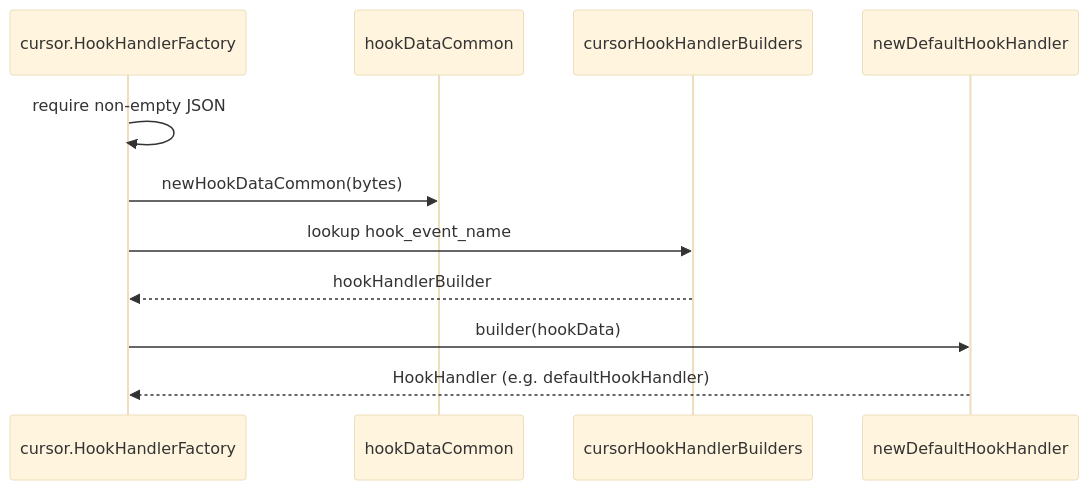
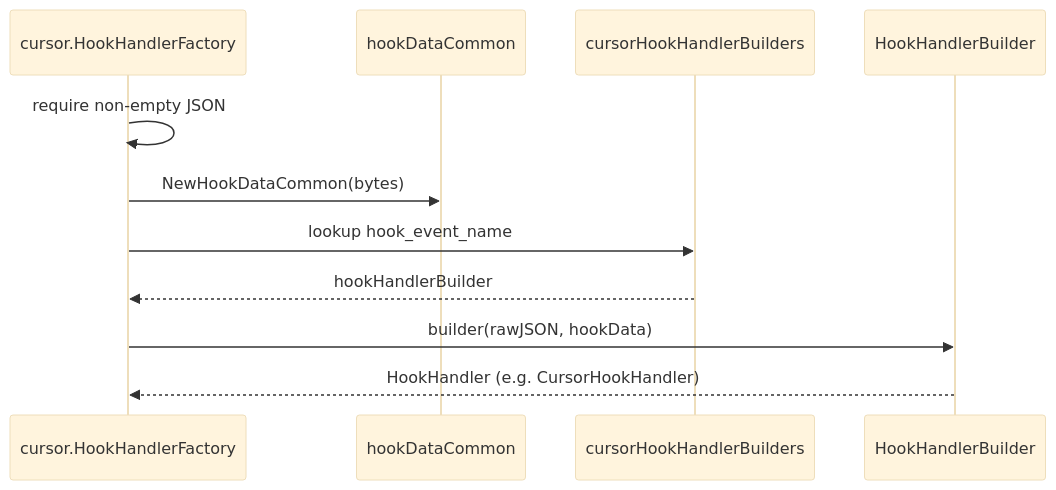
One commit to sviatsviatsviat/wat changed the second of 3 diagrams in README.md. Above: the diagram before and after it, drawn with Mermaid (base theme). The commit also changed other lines of this file and 34 other files, not shown here.

````diff
--- a/README.md
+++ b/README.md
@@ -239,14 +239,14 @@
 ```mermaid
 sequenceDiagram
   participant F as cursor.HookHandlerFactory
   participant Data as hookDataCommon
   participant Map as cursorHookHandlerBuilders
-  participant Build as newDefaultHookHandler
+  participant Build as HookHandlerBuilder
 
   F->>F: require non-empty JSON
-  F->>Data: newHookDataCommon(bytes)
+  F->>Data: NewHookDataCommon(bytes)
   F->>Map: lookup hook_event_name
   Map-->>F: hookHandlerBuilder
-  F->>Build: builder(hookData)
-  Build-->>F: HookHandler (e.g. defaultHookHandler)
+  F->>Build: builder(rawJSON, hookData)
+  Build-->>F: HookHandler (e.g. CursorHookHandler)
 ```
````
